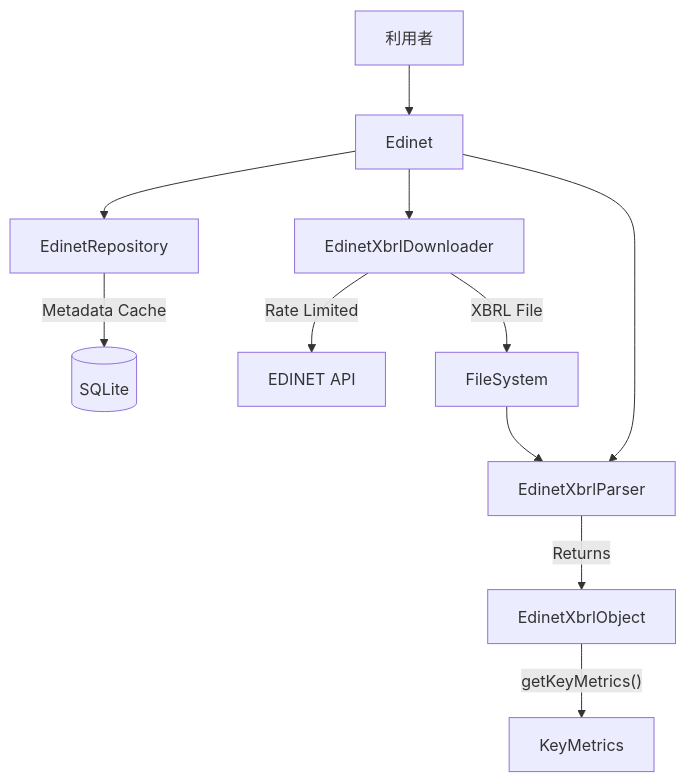
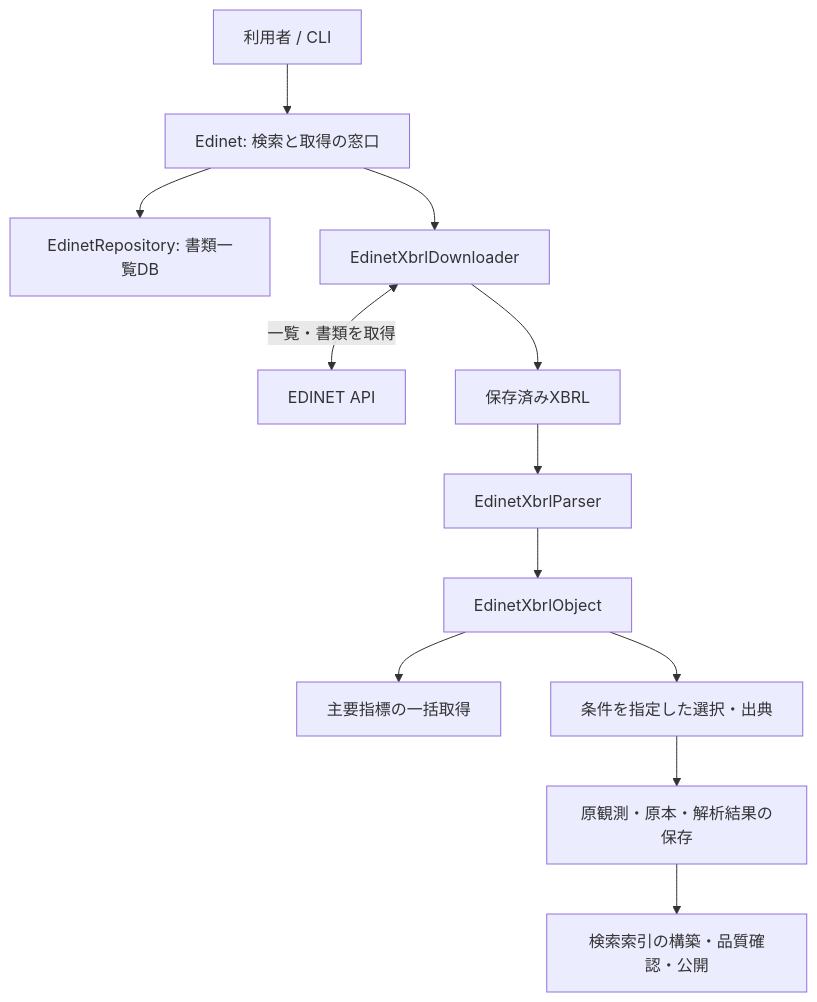
One commit to oharato/edinet-ts changed the first of 2 diagrams in docs/SPECIFICATIONS.md. Above: the diagram before and after it, drawn with Mermaid. The commit also changed other lines of this file and 168 other files, not shown here.

````diff
--- a/docs/SPECIFICATIONS.md
+++ b/docs/SPECIFICATIONS.md
@@ -9,14 +9,14 @@
 ```mermaid
-graph TD
-    User[利用者] --> Facade[Edinet]
-    Facade --> Repo[EdinetRepository]
+flowchart TD
+    Client["利用者 / CLI"] --> Facade["Edinet: 検索と取得の窓口"]
+    Facade --> Repo["EdinetRepository: 書類一覧DB"]
     Facade --> Downloader[EdinetXbrlDownloader]
-    Facade --> Parser[EdinetXbrlParser]
-    
-    Repo -->|Metadata Cache| DB[(SQLite)]
-    Downloader -->|Rate Limited| API[EDINET API]
-    Downloader -->|XBRL File| FS[FileSystem]
-    FS --> Parser
-    Parser -->|Returns| Object[EdinetXbrlObject]
-    Object -->|"getKeyMetrics()"| Metrics[KeyMetrics]
+    Downloader <-->|一覧・書類を取得| API[EDINET API]
+    Downloader --> Files[保存済みXBRL]
+    Files --> Parser[EdinetXbrlParser]
+    Parser --> Object[EdinetXbrlObject]
+    Object --> Legacy["主要指標の一括取得"]
+    Object --> Strict["条件を指定した選択・出典"]
+    Strict --> Archive["原観測・原本・解析結果の保存"]
+    Archive --> Index["検索索引の構築・品質確認・公開"]
 ```
````
